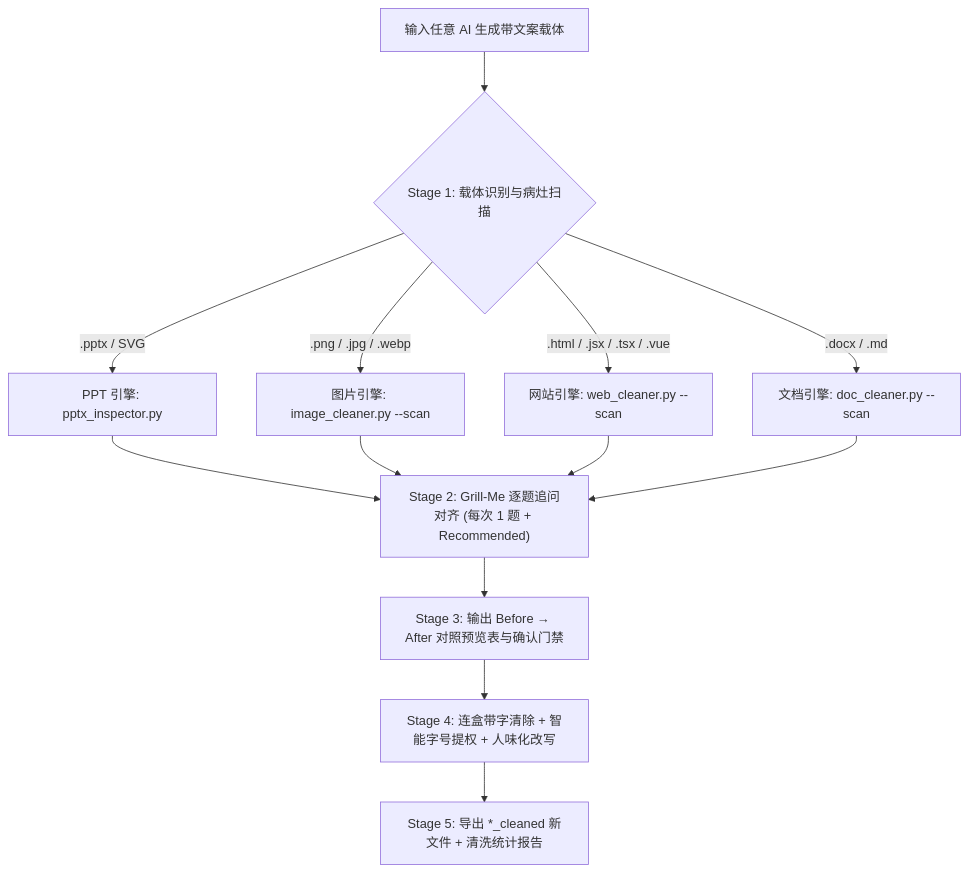
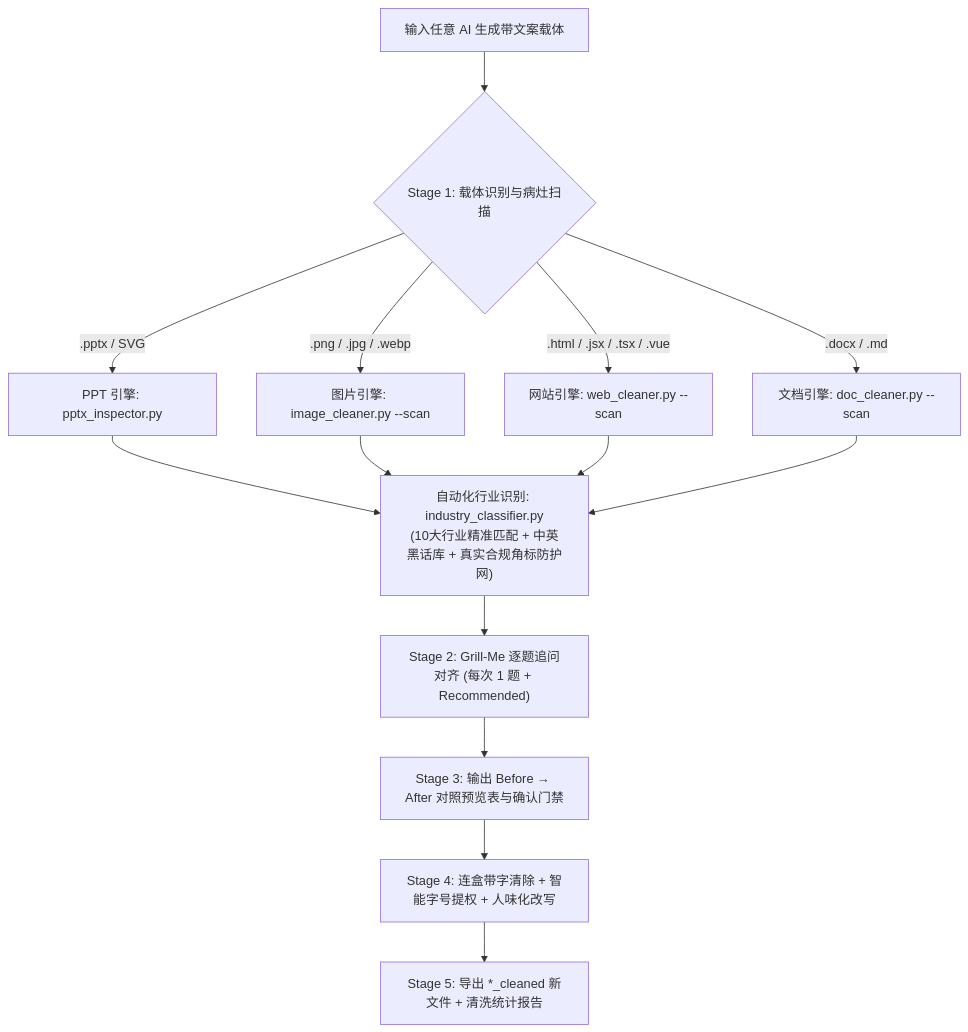
The diagram in README.md (Clement-2333/ai-clean-master-), drawn with Mermaid before and after one commit. The commit also changed other lines of this file and 22 other files, not shown here.

````diff
--- a/README.md
+++ b/README.md
@@ -95,13 +96,14 @@
 ```mermaid
 flowchart TD
     A["输入任意 AI 生成带文案载体"] --> B{"Stage 1: 载体识别与病灶扫描"}
     B -- ".pptx / SVG" --> B1["PPT 引擎: pptx_inspector.py"]
     B -- ".png / .jpg / .webp" --> B2["图片引擎: image_cleaner.py --scan"]
     B -- ".html / .jsx / .tsx / .vue" --> B3["网站引擎: web_cleaner.py --scan"]
     B -- ".docx / .md" --> B4["文档引擎: doc_cleaner.py --scan"]
     
-    B1 & B2 & B3 & B4 --> C["Stage 2: Grill-Me 逐题追问对齐 (每次 1 题 + Recommended)"]
+    B1 & B2 & B3 & B4 --> CLAS["自动化行业识别: industry_classifier.py<br>(10大行业精准匹配 + 中英黑话库 + 真实合规角标防护网)"]
+    CLAS --> C["Stage 2: Grill-Me 逐题追问对齐 (每次 1 题 + Recommended)"]
     C --> D["Stage 3: 输出 Before → After 对照预览表与确认门禁"]
     D --> E["Stage 4: 连盒带字清除 + 智能字号提权 + 人味化改写"]
     E --> F["Stage 5: 导出 *_cleaned 新文件 + 清洗统计报告"]
 ```
````
